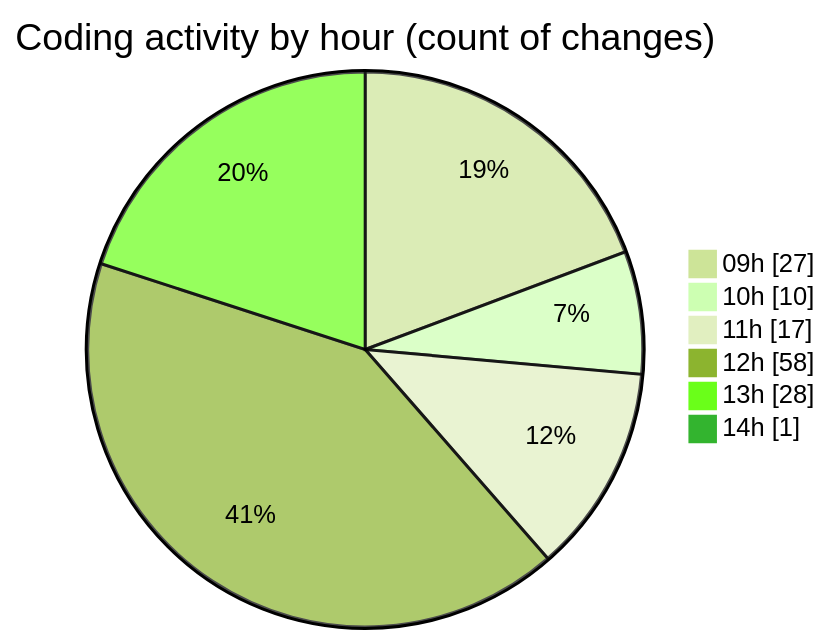
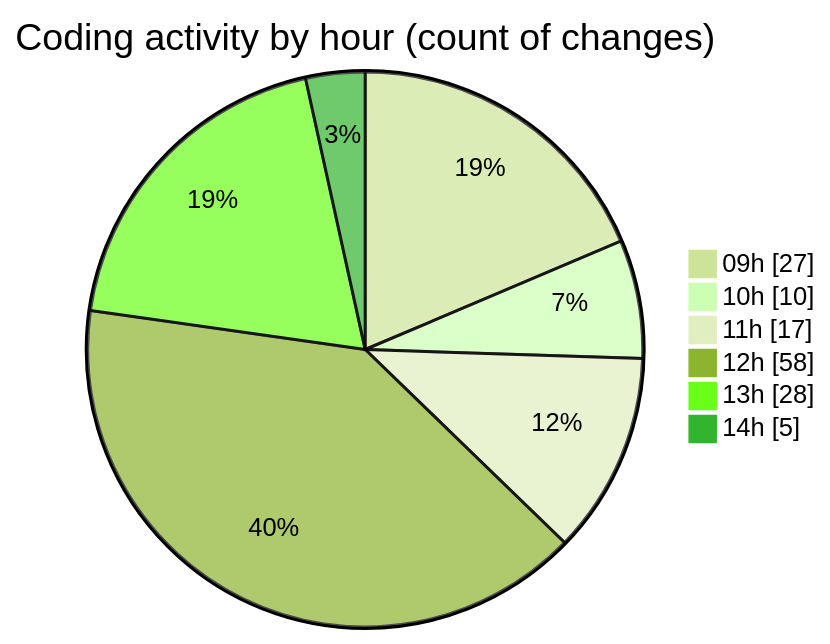
The second of 2 diagrams in 2026-05-15/cda/README.md (momahboobian/code-tracking), drawn with Mermaid (forest theme) before and after one commit. The commit also changed other lines of this file and 1 other file, not shown here.

````diff
--- a/2026-05-15/cda/README.md
+++ b/2026-05-15/cda/README.md
@@ -59,10 +59,10 @@
 ```mermaid
 pie showData
 title Coding activity by hour (count of changes)
 "09h" : 27
 "10h" : 10
 "11h" : 17
 "12h" : 58
 "13h" : 28
-"14h" : 1
+"14h" : 5
 ```
````
